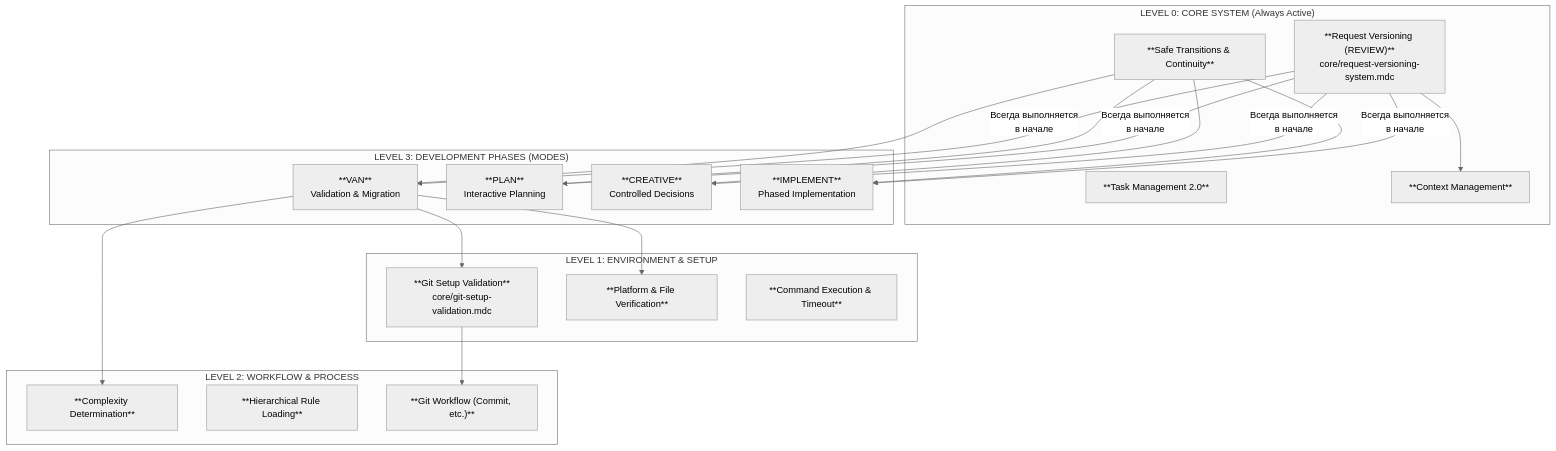
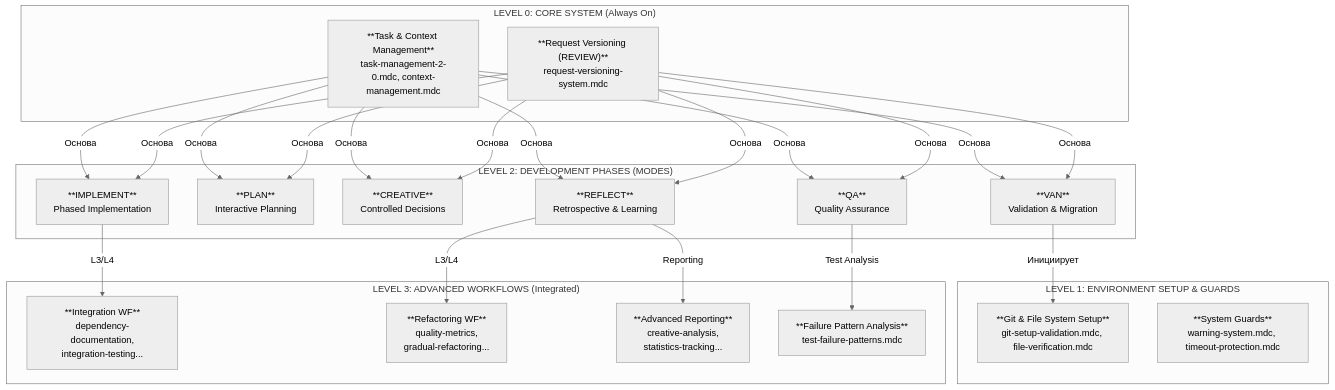
The second of 2 diagrams in info/info_1.md (vanzan01/cursor-memory-bank), drawn with Mermaid (neutral theme) before and after one commit. The commit also changed other lines of this file and 11 other files, not shown here.

````diff
--- a/info/info_1.md
+++ b/info/info_1.md
@@ -85,42 +93,37 @@
 ```mermaid
 graph TD
-    subgraph "LEVEL 0: CORE SYSTEM (Always Active)"
-        A1["**Task Management 2.0**"]
-        A2["**Context Management**"]
-        A3["**Request Versioning (REVIEW)**<br>core/request-versioning-system.mdc"]
-        A4["**Safe Transitions & Continuity**"]
+    subgraph "LEVEL 0: CORE SYSTEM (Always On)"
+        A1["**Task & Context Management**<br>task-management-2-0.mdc, context-management.mdc"]
+        A2["**Request Versioning (REVIEW)**<br>request-versioning-system.mdc"]
     end
 
-    subgraph "LEVEL 1: ENVIRONMENT & SETUP"
-        B1["**Git Setup Validation**<br>core/git-setup-validation.mdc"]
-        B2["**Platform & File Verification**"]
-        B3["**Command Execution & Timeout**"]
+    subgraph "LEVEL 1: ENVIRONMENT SETUP & GUARDS"
+        B1["**Git & File System Setup**<br>git-setup-validation.mdc, file-verification.mdc"]
+        B2["**System Guards**<br>warning-system.mdc, timeout-protection.mdc"]
     end
 
-    subgraph "LEVEL 2: WORKFLOW & PROCESS"
-        C1["**Complexity Determination**"]
-        C2["**Hierarchical Rule Loading**"]
-        C3["**Git Workflow (Commit, etc.)**"]
+    subgraph "LEVEL 2: DEVELOPMENT PHASES (MODES)"
+        C1["**VAN**<br>Validation & Migration"]
+        C2["**PLAN**<br>Interactive Planning"]
+        C3["**CREATIVE**<br>Controlled Decisions"]
+        C4["**IMPLEMENT**<br>Phased Implementation"]
+        C5["**QA**<br>Quality Assurance"]
+        C6["**REFLECT**<br>Retrospective & Learning"]
     end
 
-    subgraph "LEVEL 3: DEVELOPMENT PHASES (MODES)"
-        D1["**VAN**<br>Validation & Migration"]
-        D2["**PLAN**<br>Interactive Planning"]
-        D3["**CREATIVE**<br>Controlled Decisions"]
-        D4["**IMPLEMENT**<br>Phased Implementation"]
+    subgraph "LEVEL 3: ADVANCED WORKFLOWS (Integrated)"
+        D1["**Integration WF**<br>dependency-documentation,<br>integration-testing..."]
+        D2["**Refactoring WF**<br>quality-metrics,<br>gradual-refactoring..."]
+        D3["**Advanced Reporting**<br>creative-analysis,<br>statistics-tracking..."]
+        D4["**Failure Pattern Analysis**<br>test-failure-patterns.mdc"]
     end
 
     %% Connections
-    A3 --> A2
-    A4 --> D1; A4 --> D2; A4 --> D3; A4 --> D4;
+    A1 & A2 -- "Основа" --> C1 & C2 & C3 & C4 & C5 & C6
+    C1 -- "Инициирует" --> B1
 
-    B1 --> C3
-
-    D1 --> B1; D1 --> B2; D1 --> C1;
-
-    %% Dependencies
-    A3 -- "Всегда выполняется<br>в начале" --> D1
-    A3 -- "Всегда выполняется<br>в начале" --> D2
-    A3 -- "Всегда выполняется<br>в начале" --> D3
-    A3 -- "Всегда выполняется<br>в начале" --> D4
+    C4 -- "L3/L4" --> D1
+    C5 -- "Test Analysis" --> D4
+    C6 -- "L3/L4" --> D2
+    C6 -- "Reporting" --> D3
 ```
````
